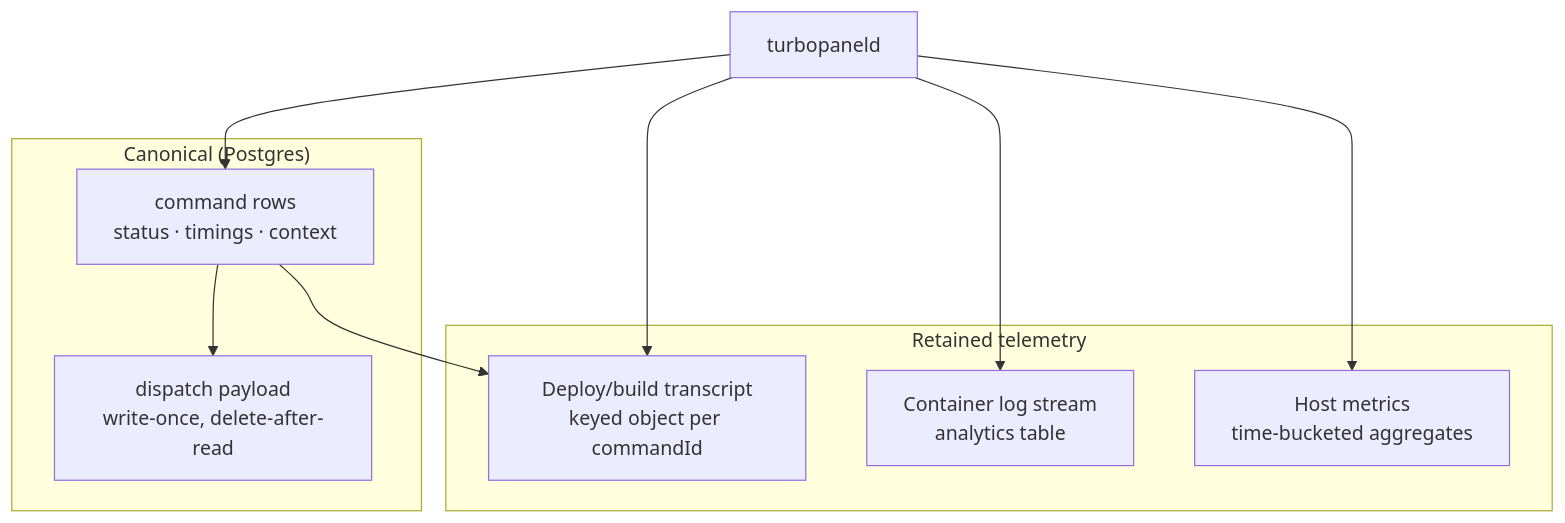
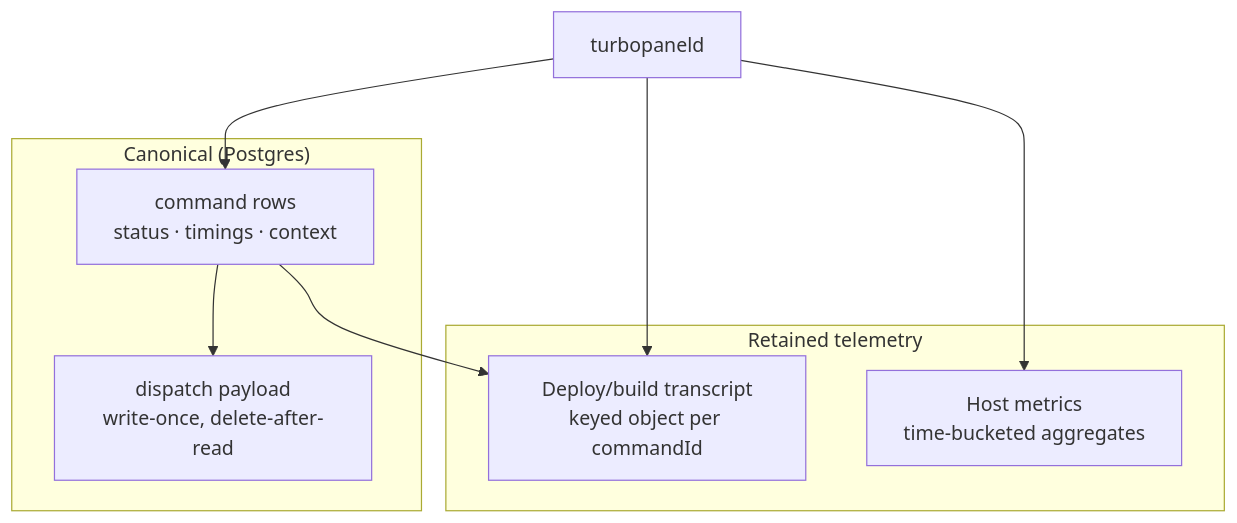
The diagram in docs/architecture/storage-architecture.mdx (TurboPanel/website), drawn with Mermaid before and after one commit. The commit also changed other lines of this file and 3 other files, not shown here.

````diff
--- a/docs/architecture/storage-architecture.mdx
+++ b/docs/architecture/storage-architecture.mdx
@@ -46,18 +43,16 @@
 ```mermaid
 flowchart TD
     subgraph Canonical["Canonical (Postgres)"]
         CMD["command rows<br/>status · timings · context"]
         DISP["dispatch payload<br/>write-once, delete-after-read"]
     end
     subgraph Telemetry["Retained telemetry"]
         EXEC["Deploy/build transcript<br/>keyed object per commandId"]
-        CLOG["Container log stream<br/>analytics table"]
         METRICS["Host metrics<br/>time-bucketed aggregates"]
     end
     CMD --> EXEC
     CMD --> DISP
     Daemon["turbopaneld"] --> CMD
     Daemon --> EXEC
-    Daemon --> CLOG
     Daemon --> METRICS
 ```
````
